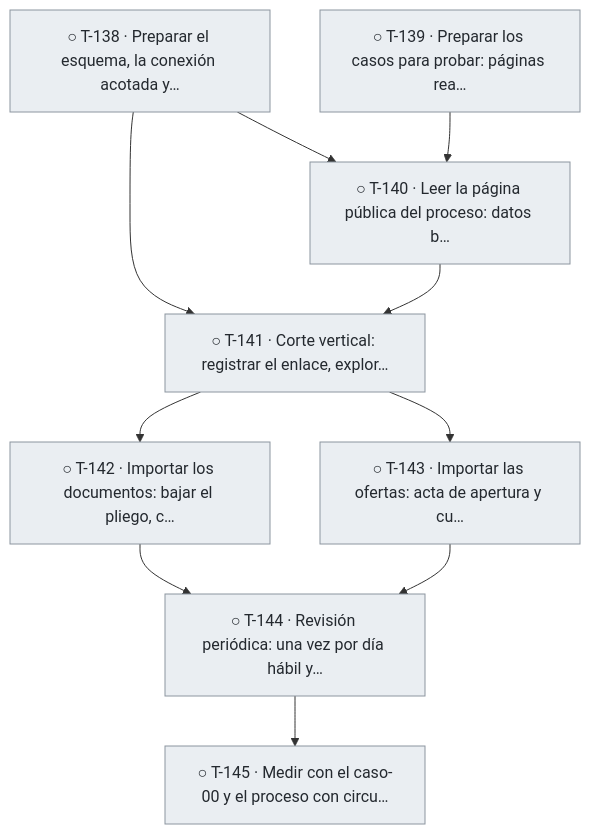
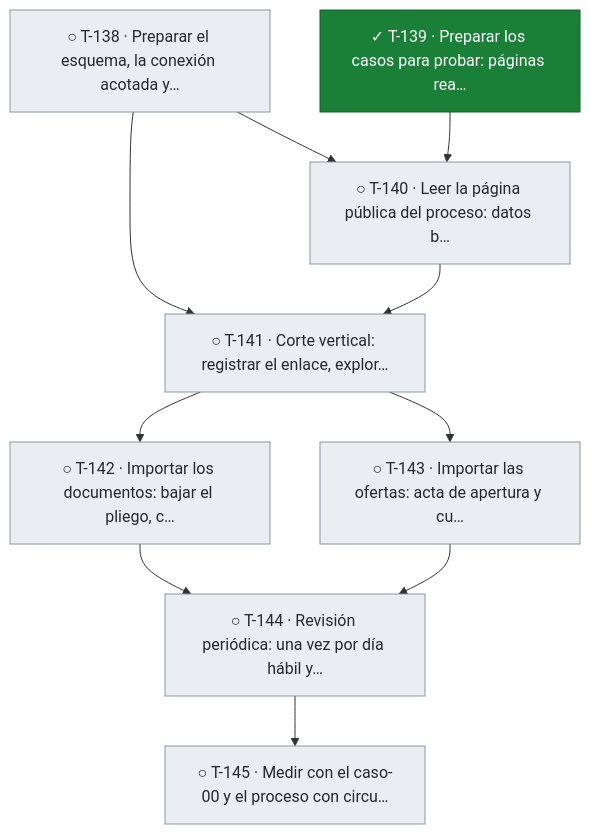
The ninth of 9 diagrams in docs/tablero.md (snavello/EVALUON), drawn with Mermaid before and after one commit. The commit also changed other lines of this file and 1 other file, not shown here.

````diff
--- a/docs/tablero.md
+++ b/docs/tablero.md
@@ -747,25 +747,25 @@
 ```mermaid
 flowchart TD
   T138["○ T-138 · Preparar el esquema, la conexión acotada y…"]:::todo
-  T139["○ T-139 · Preparar los casos para probar: páginas rea…"]:::todo
+  T139["✓ T-139 · Preparar los casos para probar: páginas rea…"]:::done
   T140["○ T-140 · Leer la página pública del proceso: datos b…"]:::todo
   T141["○ T-141 · Corte vertical: registrar el enlace, explor…"]:::todo
   T142["○ T-142 · Importar los documentos: bajar el pliego, c…"]:::todo
   T143["○ T-143 · Importar las ofertas: acta de apertura y cu…"]:::todo
   T144["○ T-144 · Revisión periódica: una vez por día hábil y…"]:::todo
   T145["○ T-145 · Medir con el caso-00 y el proceso con circu…"]:::todo
   T138 --> T140
   T139 --> T140
   T138 --> T141
   T140 --> T141
   T141 --> T142
   T141 --> T143
   T142 --> T144
   T143 --> T144
   T144 --> T145
   classDef done fill:#1a7f37,stroke:#116329,color:#ffffff
   classDef review fill:#0969da,stroke:#0550ae,color:#ffffff
   classDef active fill:#bf8700,stroke:#7d4e00,color:#ffffff
   classDef blocked fill:#cf222e,stroke:#a40e26,color:#ffffff
   classDef todo fill:#eaeef2,stroke:#8c959f,color:#24292f
 ```
````
